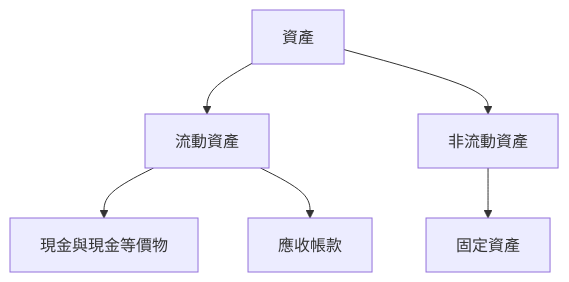
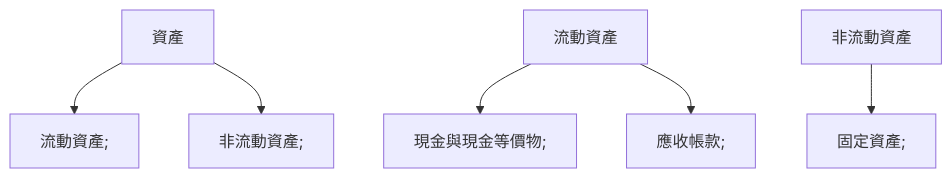
One commit to yennanliu/finance_data changed the sixth of 11 diagrams in ai_gen_report/stock/onds/fundamental_analysis_2026-03-27_openai.md. Above: the diagram before and after it, drawn with Mermaid. The commit also changed other lines of this file and 2258 other files, not shown here.

First line of the commit message:
chore: backfill Mermaid syntax repair across existing reports

````diff
--- a/ai_gen_report/stock/onds/fundamental_analysis_2026-03-27_openai.md
+++ b/ai_gen_report/stock/onds/fundamental_analysis_2026-03-27_openai.md
@@ -150,8 +150,8 @@
   ```mermaid
   graph TD;
-      資產 --> 流動資產;
-      資產 --> 非流動資產;
-      流動資產 --> 現金與現金等價物;
-      流動資產 --> 應收帳款;
-      非流動資產 --> 固定資產;
+      資產 --> nb1["流動資產;"]
+      資產 --> nb2["非流動資產;"]
+      流動資產 --> nb3["現金與現金等價物;"]
+      流動資產 --> nb4["應收帳款;"]
+      非流動資產 --> nb5["固定資產;"]
   ```
````
